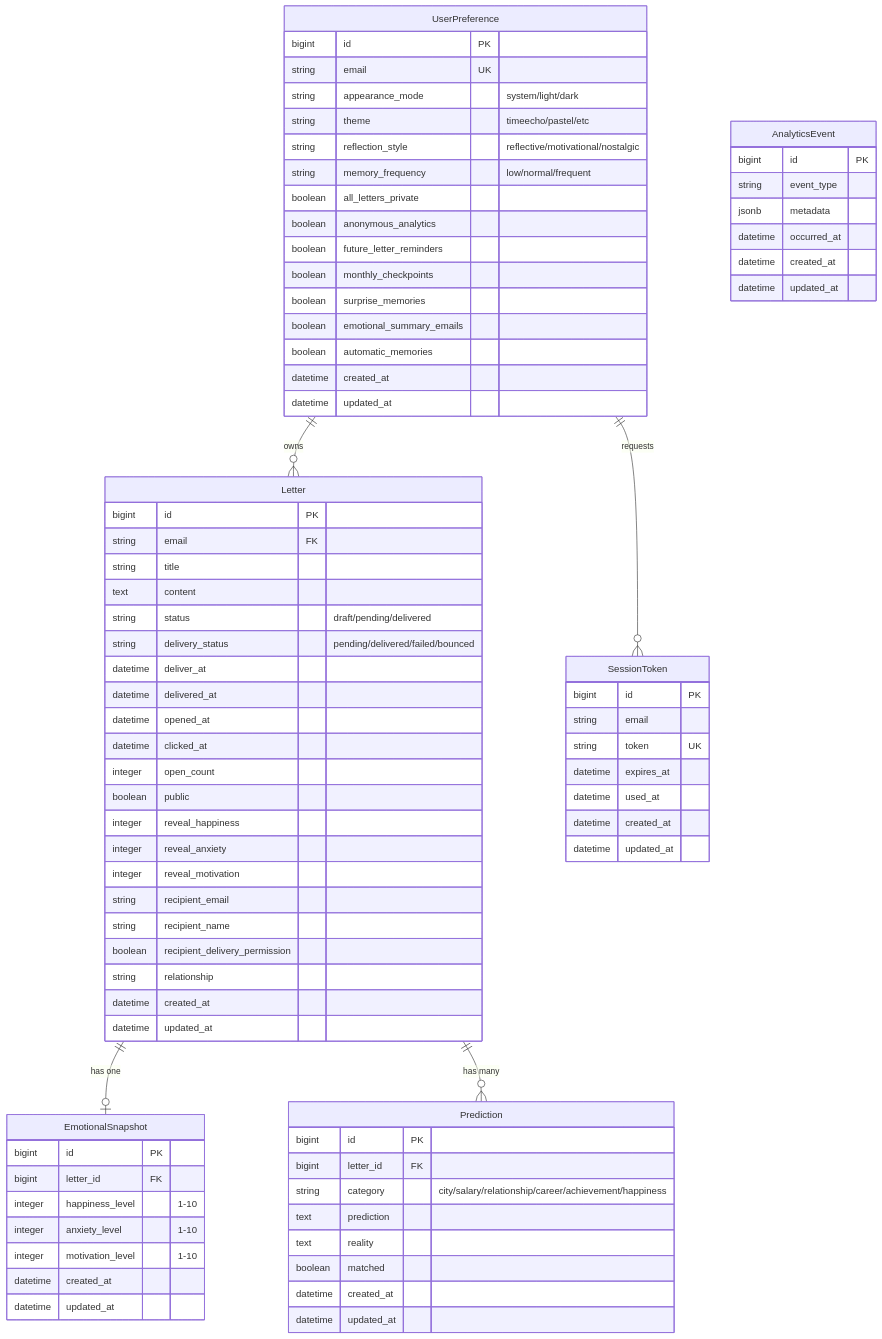
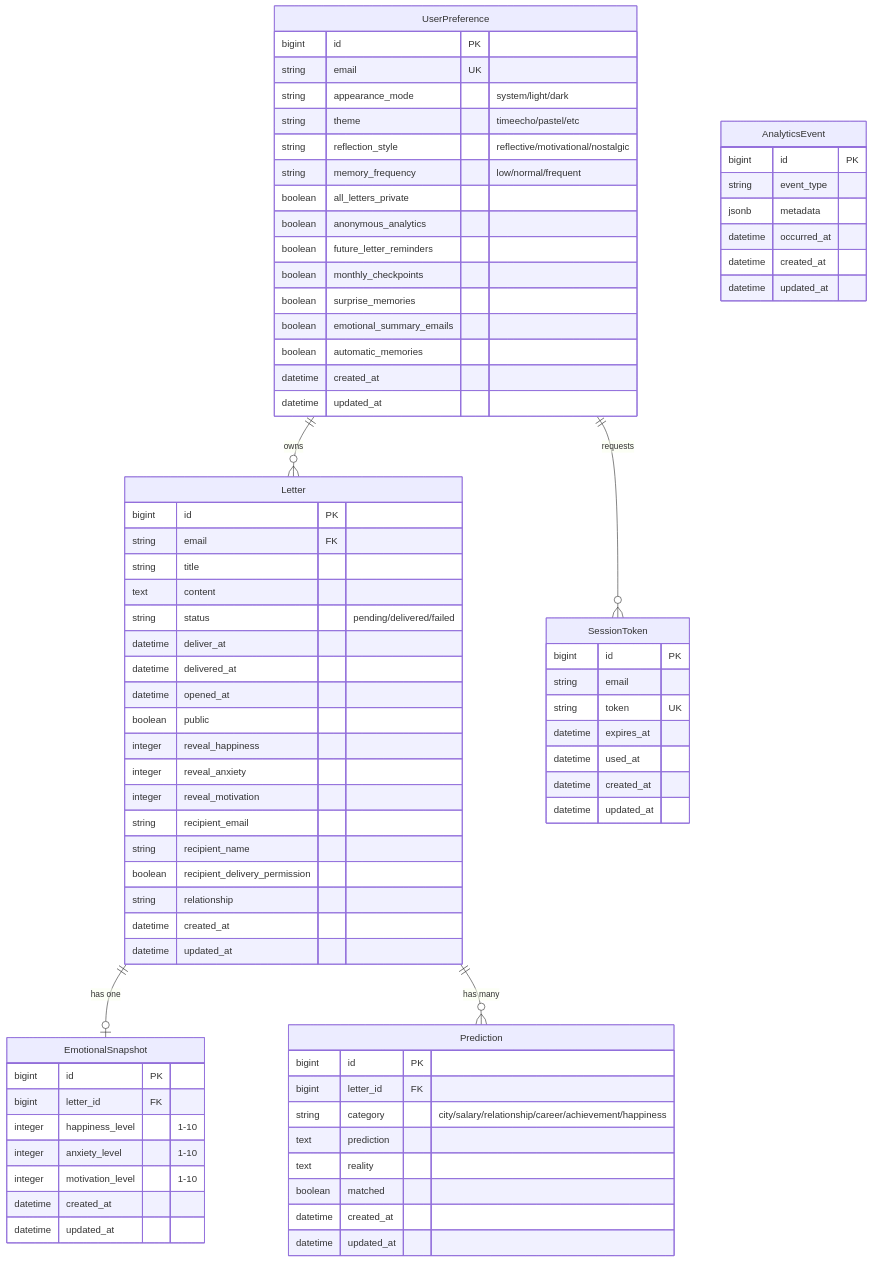
Before and after one commit to nmenag/time_echo: the third of 6 diagrams in docs/architecture.md, drawn with Mermaid. The commit also changed other lines of this file and 42 other files, not shown here.

```diff
--- a/docs/architecture.md
+++ b/docs/architecture.md
@@ -184,13 +183,10 @@
         string email FK
         string title
         text content
-        string status "draft/pending/delivered"
-        string delivery_status "pending/delivered/failed/bounced"
+        string status "pending/delivered/failed"
         datetime deliver_at
         datetime delivered_at
         datetime opened_at
-        datetime clicked_at
-        integer open_count
         boolean public
         integer reveal_happiness
         integer reveal_anxiety
```
